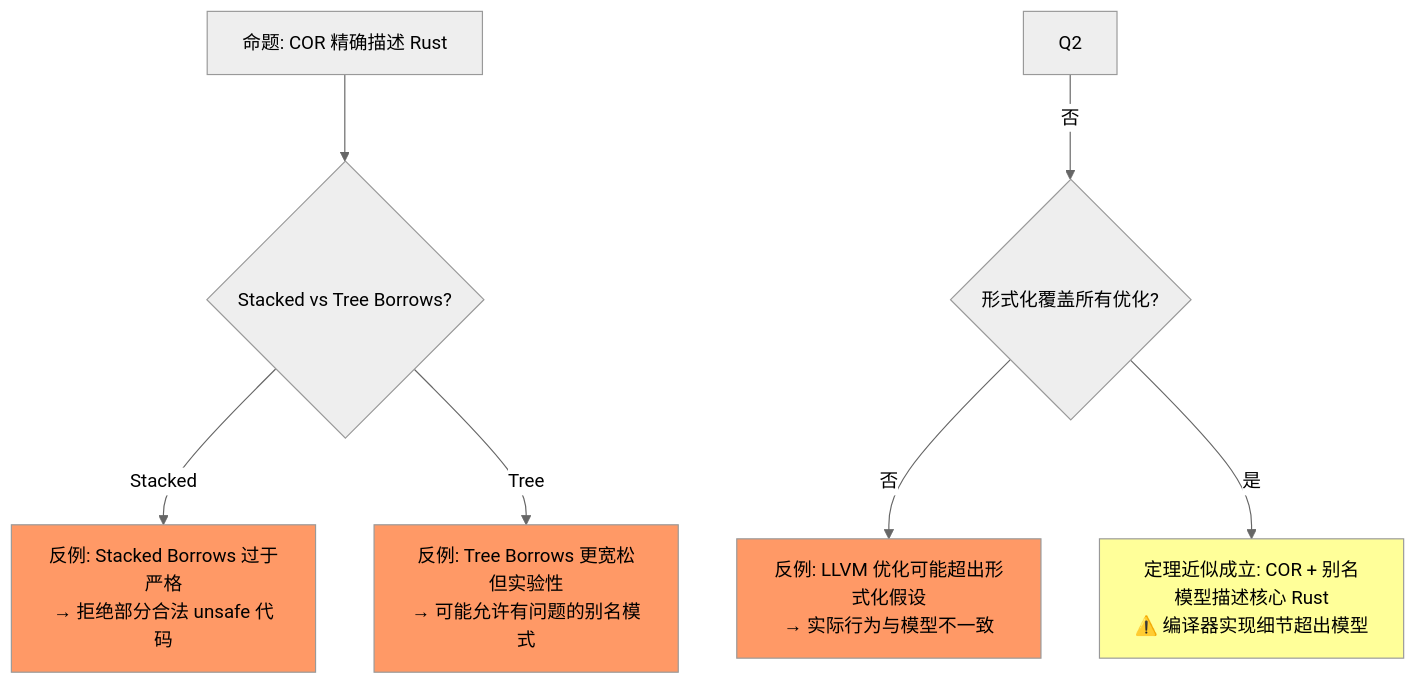
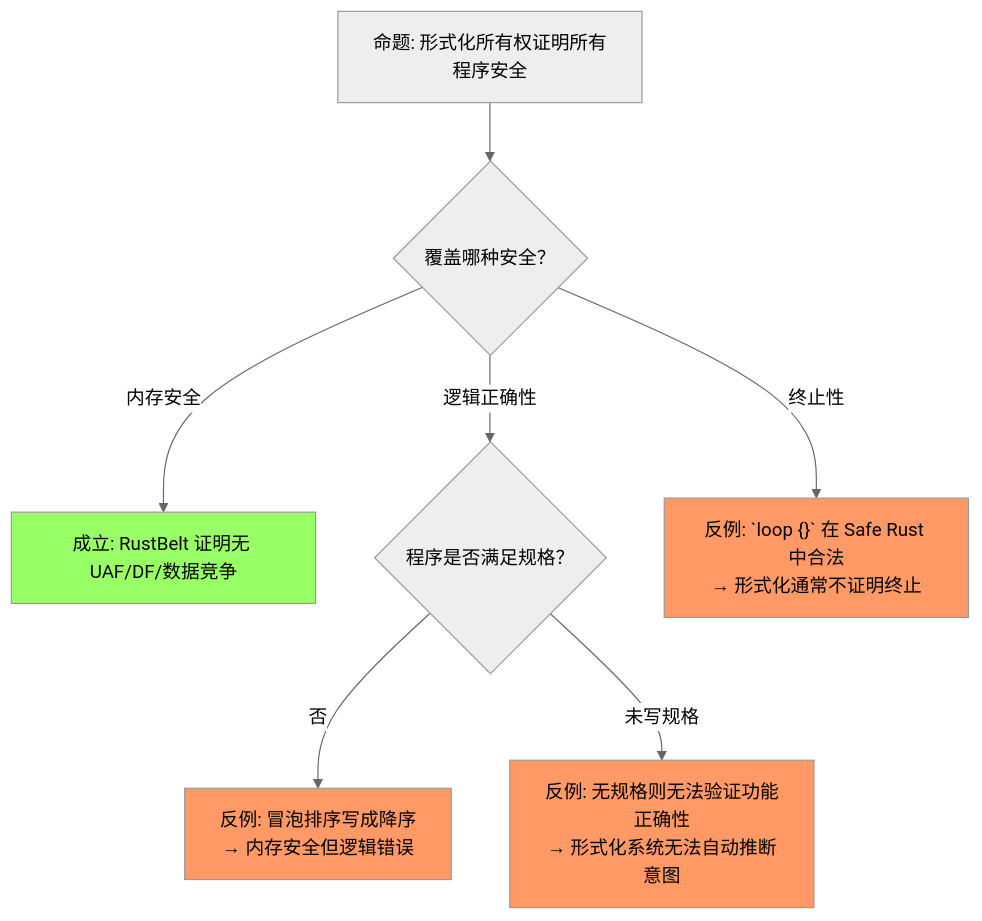
The second of 4 diagrams in concept/04_formal/03_ownership_formal.md (martin-ly/rust-lang), drawn with Mermaid (neutral theme) before and after one commit. The commit also changed other lines of this file and 20 other files, not shown here.

````diff
--- a/concept/04_formal/03_ownership_formal.md
+++ b/concept/04_formal/03_ownership_formal.md
@@ -172,14 +294,14 @@
 ```mermaid
 graph TD
-    P["命题: COR 精确描述 Rust"] --> Q1{"Stacked vs Tree Borrows?"}
-    Q1 -->|Stacked| F1["反例: Stacked Borrows 过于严格<br/>→ 拒绝部分合法 unsafe 代码"]
-    Q1 -->|Tree| F2["反例: Tree Borrows 更宽松但实验性<br/>→ 可能允许有问题的别名模式"]
-    Q2 -->|否| Q3{"形式化覆盖所有优化?"}
-    Q3 -->|否| F3["反例: LLVM 优化可能超出形式化假设<br/>→ 实际行为与模型不一致"]
-    Q3 -->|是| T["定理近似成立: COR + 别名模型描述核心 Rust<br/>⚠️ 编译器实现细节超出模型"]
+    P1["命题: 形式化所有权证明所有程序安全"] --> Q1{"覆盖哪种安全？"}
+    Q1 -->|内存安全| A1["成立: RustBelt 证明无 UAF/DF/数据竞争"]
+    Q1 -->|逻辑正确性| Q2{"程序是否满足规格？"}
+    Q2 -->|否| F1["反例: 冒泡排序写成降序<br/>→ 内存安全但逻辑错误"]
+    Q2 -->|未写规格| F2["反例: 无规格则无法验证功能正确性<br/>→ 形式化系统无法自动推断意图"]
+    Q1 -->|终止性| F3["反例: `loop {}` 在 Safe Rust 中合法<br/>→ 形式化通常不证明终止"]
 
     style F1 fill:#f96
     style F2 fill:#f96
     style F3 fill:#f96
-    style T fill:#ff9
+    style A1 fill:#9f6
 ```
````
